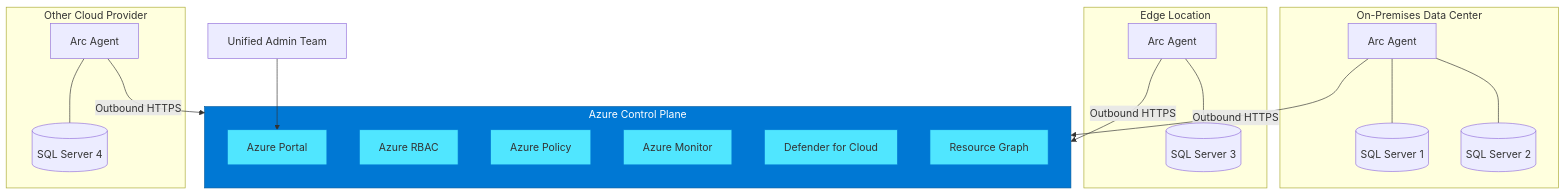
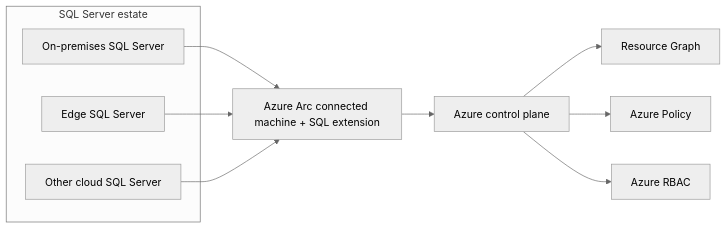
One commit to jonathan-vella/azure-arc-enabled-sql-server changed the first of 4 diagrams in arc-sql-value-proposition/diagrams.md. Above: the diagram before and after it, drawn with Mermaid. The commit also changed other lines of this file and 17 other files, not shown here.

````diff
--- a/arc-sql-value-proposition/diagrams.md
+++ b/arc-sql-value-proposition/diagrams.md
@@ -54,45 +9,22 @@
 ```mermaid
-flowchart TB
-    subgraph Azure["Azure Control Plane"]
-        Portal[Azure Portal]
-        RBAC[Azure RBAC]
-        Policy[Azure Policy]
-        Monitor[Azure Monitor]
-        Defender[Defender for Cloud]
-        Graph[Resource Graph]
+%%{init: {'theme':'neutral'}}%%
+flowchart LR
+    subgraph Estate["SQL Server estate"]
+        OnPrem["On-premises SQL Server"]
+        Edge["Edge SQL Server"]
+        Other["Other cloud SQL Server"]
     end
-    
-    subgraph OnPrem["On-Premises Data Center"]
-        Arc1[Arc Agent]
-        SQL1[(SQL Server 1)]
-        SQL2[(SQL Server 2)]
-        Arc1 --- SQL1
-        Arc1 --- SQL2
-    end
-    
-    subgraph Edge["Edge Location"]
-        Arc2[Arc Agent]
-        SQL3[(SQL Server 3)]
-        Arc2 --- SQL3
-    end
-    
-    subgraph OtherCloud["Other Cloud Provider"]
-        Arc3[Arc Agent]
-        SQL4[(SQL Server 4)]
-        Arc3 --- SQL4
-    end
-    
-    Arc1 -->|Outbound HTTPS| Azure
-    Arc2 -->|Outbound HTTPS| Azure
-    Arc3 -->|Outbound HTTPS| Azure
-    
-    Admin[Unified Admin Team] --> Portal
-    
-    style Azure fill:#0078d4,stroke:#005a9e,color:#fff
-    style Portal fill:#50e6ff,stroke:#0078d4
-    style RBAC fill:#50e6ff,stroke:#0078d4
-    style Policy fill:#50e6ff,stroke:#0078d4
-    style Monitor fill:#50e6ff,stroke:#0078d4
-    style Defender fill:#50e6ff,stroke:#0078d4
-    style Graph fill:#50e6ff,stroke:#0078d4
+    Arc["Azure Arc connected machine + SQL extension"]
+    Azure["Azure control plane"]
+    Graph["Resource Graph"]
+    Policy["Azure Policy"]
+    Rbac["Azure RBAC"]
+
+    OnPrem --> Arc
+    Edge --> Arc
+    Other --> Arc
+    Arc --> Azure
+    Azure --> Graph
+    Azure --> Policy
+    Azure --> Rbac
 ```
````
